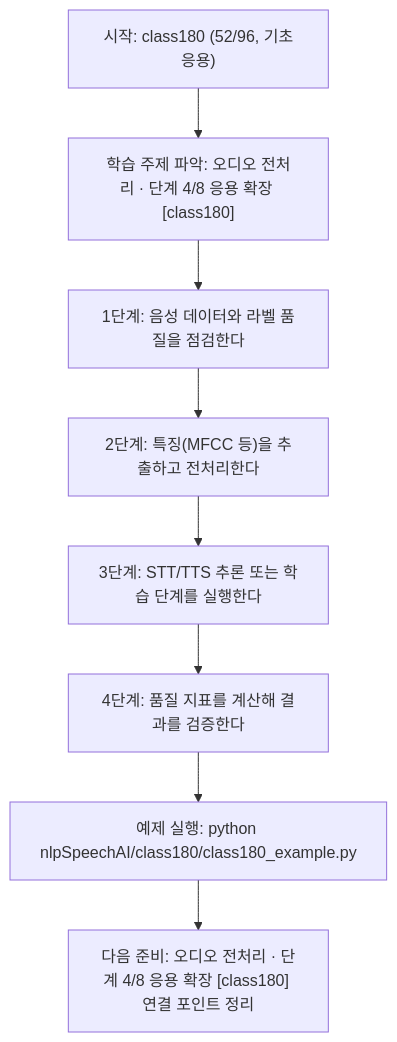
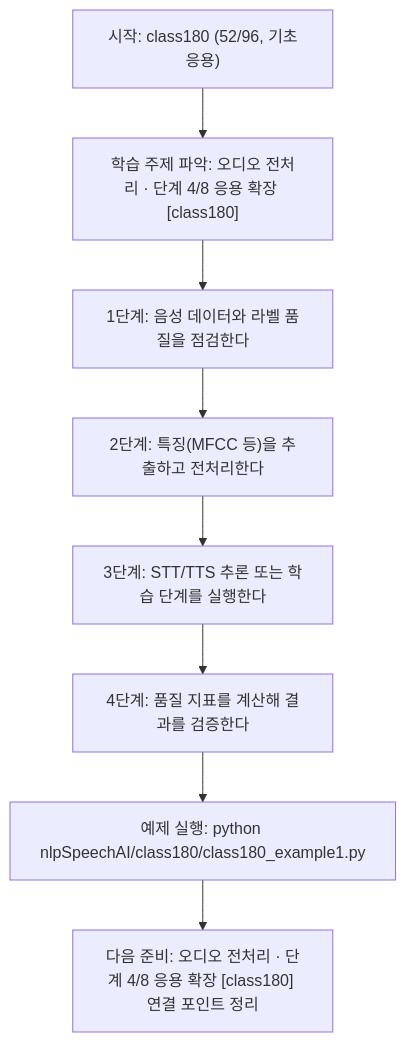
The diagram in nlpSpeechAI/class180/class180.md (edumgt/Python-AI_Agent-Class), drawn with Mermaid before and after one commit. The commit also changed other lines of this file and 2959 other files, not shown here.

````diff
--- a/nlpSpeechAI/class180/class180.md
+++ b/nlpSpeechAI/class180/class180.md
@@ -113,18 +113,18 @@
 ```mermaid
 flowchart TD
 N1["시작: class180 (52/96, 기초응용)"]
 N2["학습 주제 파악: 오디오 전처리 · 단계 4/8 응용 확장 [class180]"]
 N3["1단계: 음성 데이터와 라벨 품질을 점검한다"]
 N4["2단계: 특징(MFCC 등)을 추출하고 전처리한다"]
 N5["3단계: STT/TTS 추론 또는 학습 단계를 실행한다"]
 N6["4단계: 품질 지표를 계산해 결과를 검증한다"]
-N7["예제 실행: python nlpSpeechAI/class180/class180_example.py"]
+N7["예제 실행: python nlpSpeechAI/class180/class180_example1.py"]
 N8["다음 준비: 오디오 전처리 · 단계 4/8 응용 확장 [class180] 연결 포인트 정리"]
 N1 --> N2
 N2 --> N3
 N3 --> N4
 N4 --> N5
 N5 --> N6
 N6 --> N7
 N7 --> N8
 ```
````
